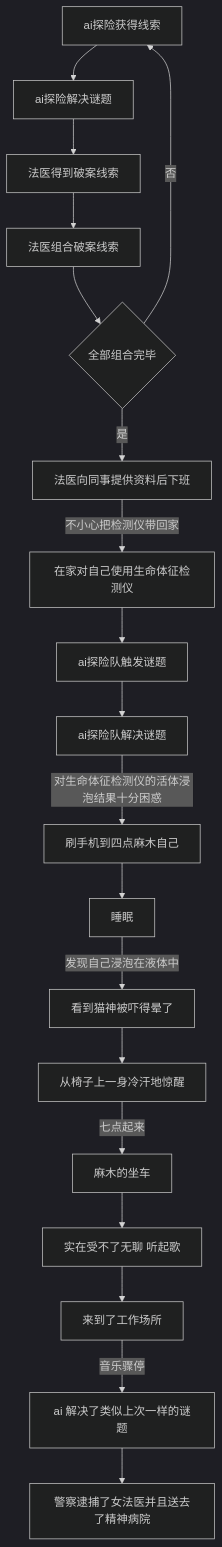
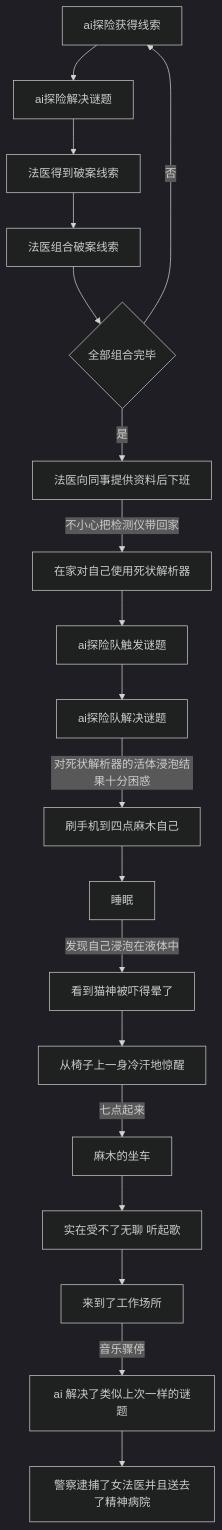
The first of 5 diagrams in readme.md (chichinohaha/nekogami), drawn with Mermaid (dark theme) before and after one commit. The commit also changed other lines of this file and 1 other file, not shown here.

````diff
--- a/readme.md
+++ b/readme.md
@@ -169,23 +169,23 @@
 ```mermaid
 graph TD;
 
 ai[ai探险获得线索]-->ai2[ai探险解决谜题];
 ai2-->fy[法医得到破案线索];
 fy[法医得到破案线索]-->fy2[法医组合破案线索];
 fy2-->fin{全部组合完毕};
 fin-->|否|ai;
 fin-->|是|fyFin[法医向同事提供资料后下班];
-fyFin-->|不小心把检测仪带回家|home[在家对自己使用生命体征检测仪];
+fyFin-->|不小心把检测仪带回家|home[在家对自己使用死状解析器];
 home-->aiHome[ai探险队触发谜题];
 aiHome-->aiHome2[ai探险队解决谜题];
-aiHome2-->|对生命体征检测仪的活体浸泡结果十分困惑|phone[刷手机到四点麻木自己];
+aiHome2-->|对死状解析器的活体浸泡结果十分困惑|phone[刷手机到四点麻木自己];
 phone-->sleep[睡眠]; 
 sleep-->|发现自己浸泡在液体中|sleep2[看到猫神被吓得晕了];
 sleep2-->wake[从椅子上一身冷汗地惊醒];
 wake-->|七点起来|car[麻木的坐车];
 car-->music[实在受不了无聊 听起歌];
 music-->work[来到了工作场所];
 work-->|音乐骤停|aiwork[ai 解决了类似上次一样的谜题];
 aiwork-->catch[警察逮捕了女法医并且送去了精神病院];
 
 ```
````
